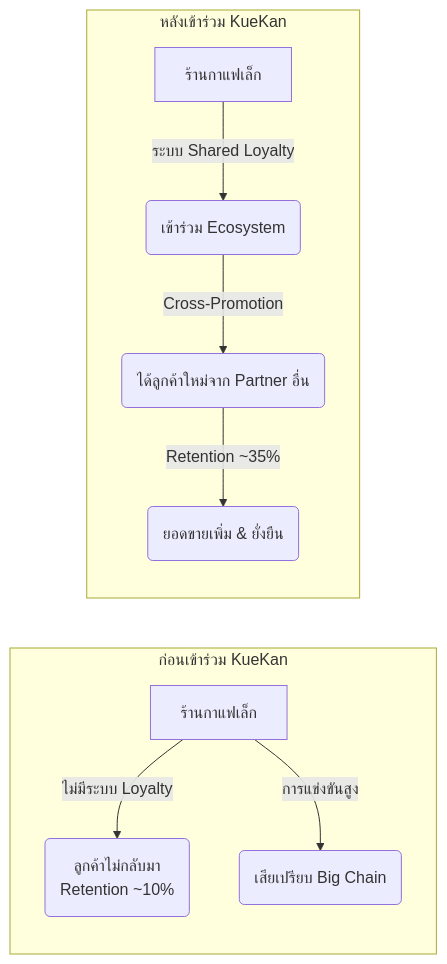
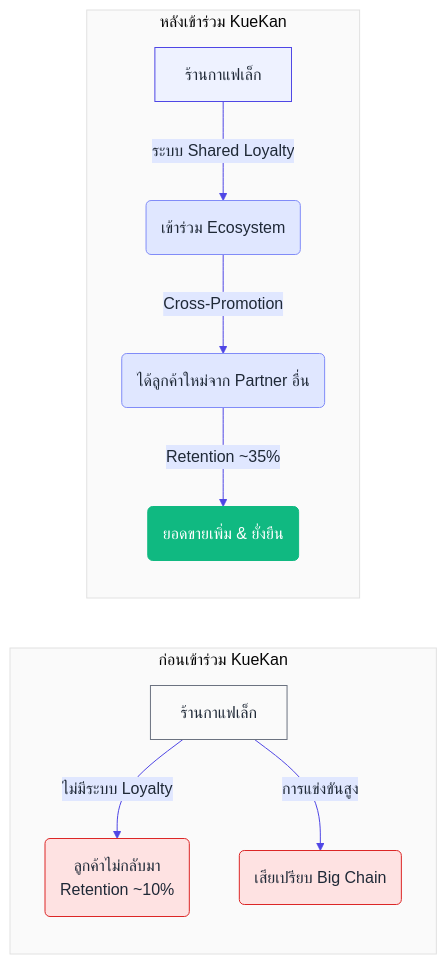
The fourth of 5 diagrams in 01 Proposals/Proposal_KueKan_PAO_NCC_McKinsey-Shorten.md (tlejay/Kuekan), drawn with Mermaid before and after one commit. The commit also changed other lines of this file and 1 other file, not shown here.

````diff
--- a/01 Proposals/Proposal_KueKan_PAO_NCC_McKinsey-Shorten.md
+++ b/01 Proposals/Proposal_KueKan_PAO_NCC_McKinsey-Shorten.md
@@ -494,13 +514,22 @@
 ```mermaid
+%%{init: {'theme': 'base', 'themeVariables': { 'primaryColor': '#EEF2FF', 'primaryTextColor': '#1F2937', 'primaryBorderColor': '#4F46E5', 'lineColor': '#4F46E5', 'secondaryColor': '#E0E7FF', 'tertiaryColor': '#FAFAFA', 'fontFamily': 'IBM Plex Sans Thai, Inter, sans-serif'}}}%%
 graph LR
     subgraph Before [ก่อนเข้าร่วม KueKan]
         A1[ร้านกาแฟเล็ก] -->|ไม่มีระบบ Loyalty| B1(ลูกค้าไม่กลับมา<br/>Retention ~10%)
         A1 -->|การแข่งขันสูง| C1(เสียเปรียบ Big Chain)
     end
 
     subgraph After [หลังเข้าร่วม KueKan]
         A2[ร้านกาแฟเล็ก] -->|ระบบ Shared Loyalty| B2(เข้าร่วม Ecosystem)
         B2 -->|Cross-Promotion| C2(ได้ลูกค้าใหม่จาก Partner อื่น)
         C2 -->|Retention ~35%| D2(ยอดขายเพิ่ม & ยั่งยืน)
     end
+
+    style A1 fill:#FAFAFA,stroke:#6B7280
+    style B1 fill:#FEE2E2,stroke:#DC2626
+    style C1 fill:#FEE2E2,stroke:#DC2626
+    style A2 fill:#EEF2FF,stroke:#4F46E5
+    style B2 fill:#E0E7FF,stroke:#818CF8
+    style C2 fill:#E0E7FF,stroke:#818CF8
+    style D2 fill:#10B981,stroke:#10B981,color:#fff
 ```
````
